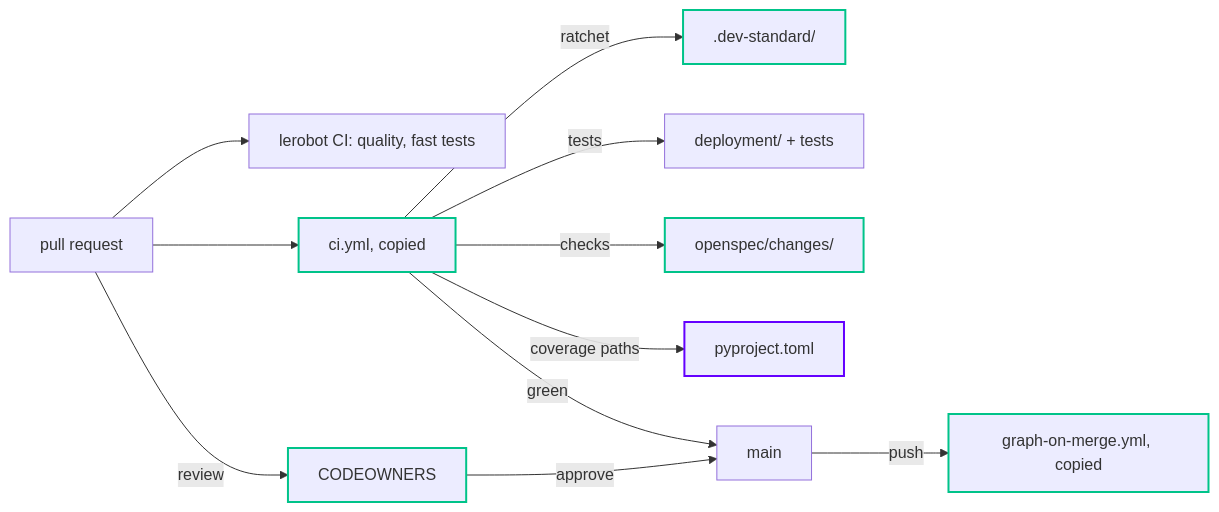
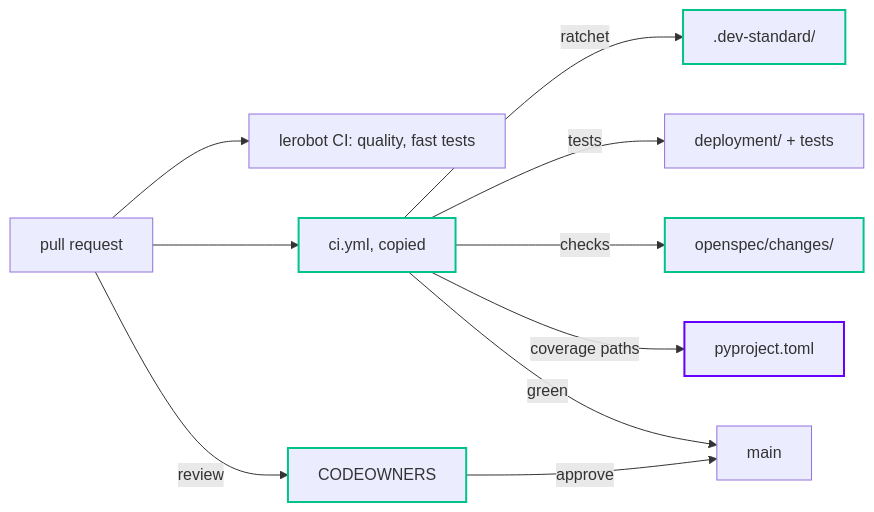
Before and after one commit to tiiuae/lerobot-edge: the first of 2 diagrams in openspec/changes/adopt-standard/design.md, drawn with Mermaid. The commit also changed other lines of this file and 5 other files, not shown here.

First line of the commit message:
chore: leave the graph-on-merge workflow out

````diff
--- a/openspec/changes/adopt-standard/design.md
+++ b/openspec/changes/adopt-standard/design.md
@@ -18,16 +18,15 @@
 ```mermaid
 flowchart LR
   pr[pull request] --> lci[lerobot CI: quality, fast tests]
   pr --> ci[ci.yml, copied]:::new
   ci -->|ratchet| base[.dev-standard/]:::new
   ci -->|tests| deploy[deployment/ + tests]
   ci -->|checks| change[openspec/changes/]:::new
   ci -->|coverage paths| py[pyproject.toml]:::changed
   pr -->|review| owners[CODEOWNERS]:::new
   owners -->|approve| main[main]
   ci -->|green| main
-  main -->|push| gom[graph-on-merge.yml, copied]:::new
   classDef new stroke:#00c389,stroke-width:2px
   classDef changed stroke:#6400ff,stroke-width:2px
   classDef removed stroke:#e5484d,stroke-width:2px,stroke-dasharray:4 3
 ```
````
